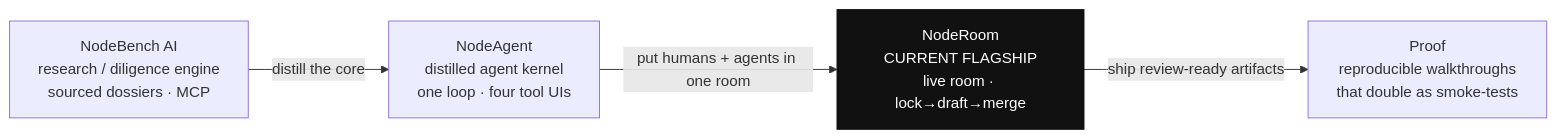
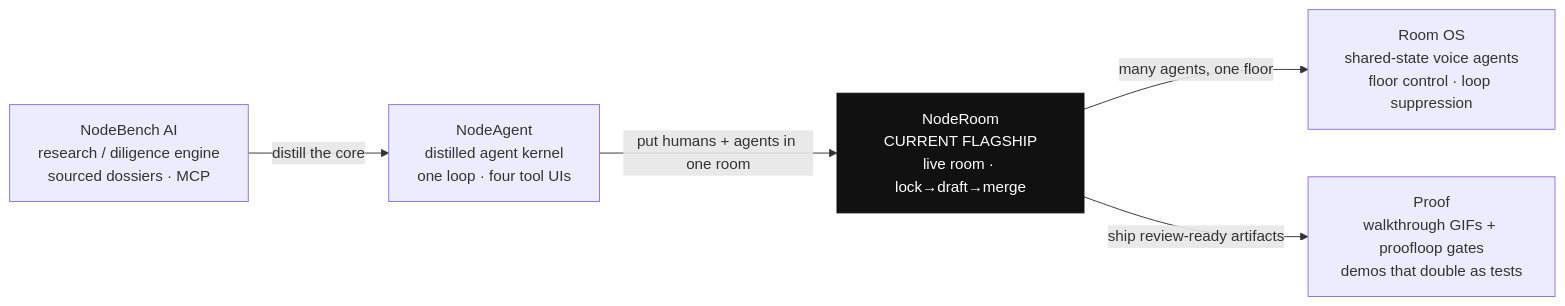
Before and after one commit to HomenShum/HomenShum: the diagram in README.md, drawn with Mermaid. The commit also changed other lines of this file, not shown here.

First line of the commit message:
profile: July 2026 refresh — Room OS + proofloop join the system map

````diff
--- a/README.md
+++ b/README.md
@@ -67,13 +69,15 @@
 ```mermaid
 flowchart LR
     NB["NodeBench AI<br/>research / diligence engine<br/>sourced dossiers · MCP"]
     NA["NodeAgent<br/>distilled agent kernel<br/>one loop · four tool UIs"]
     NR["NodeRoom<br/>CURRENT FLAGSHIP<br/>live room · lock→draft→merge"]
-    PF["Proof<br/>reproducible walkthroughs<br/>that double as smoke-tests"]
+    RO["Room OS<br/>shared-state voice agents<br/>floor control · loop suppression"]
+    PF["Proof<br/>walkthrough GIFs + proofloop gates<br/>demos that double as tests"]
 
     NB -->|distill the core| NA
     NA -->|put humans + agents in one room| NR
+    NR -->|many agents, one floor| RO
     NR -->|ship review-ready artifacts| PF
 
     style NR fill:#111,color:#fff,stroke:#111
 ```
````
